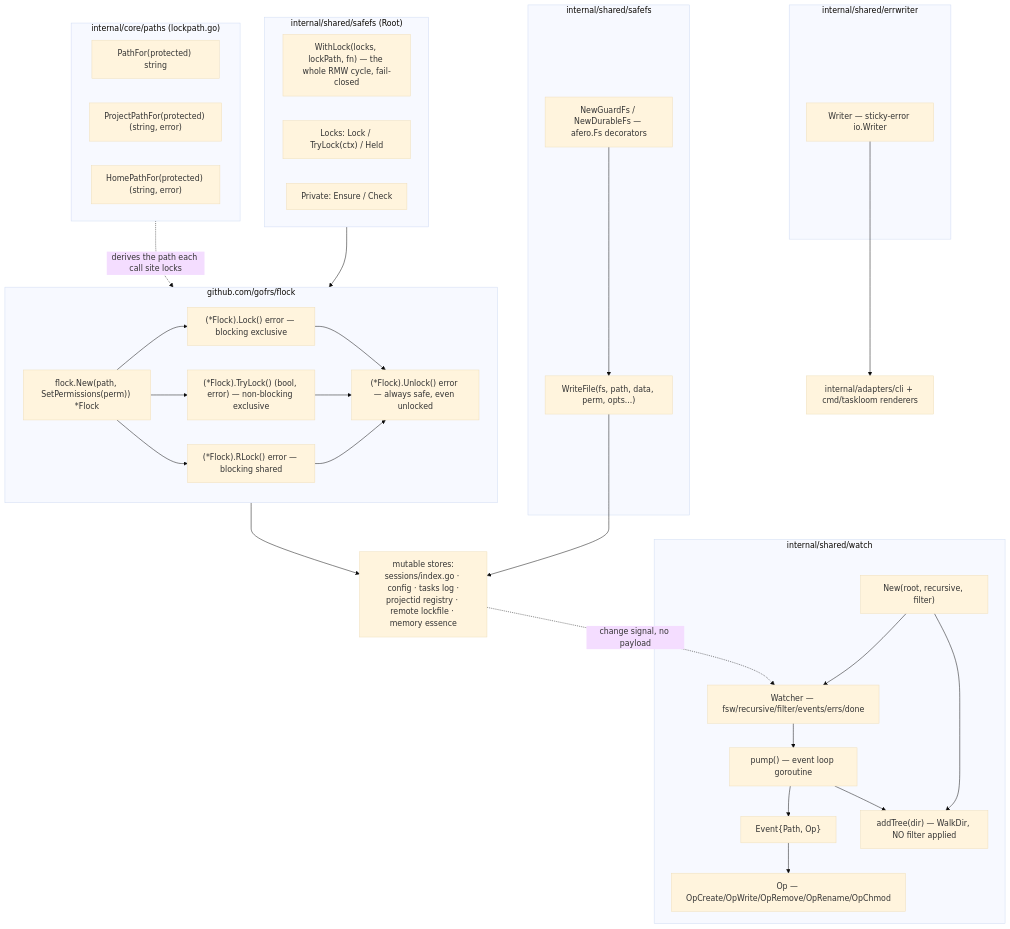
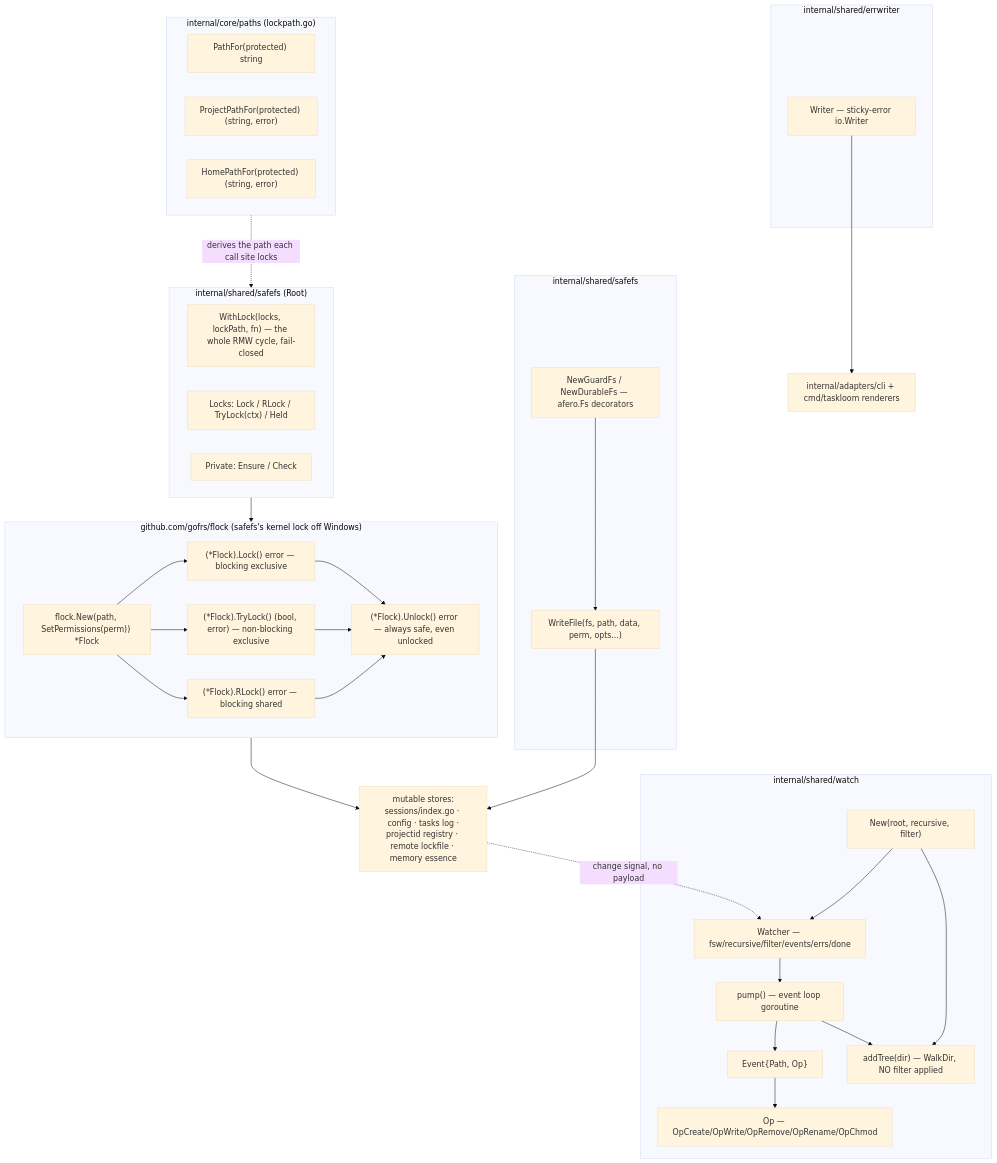
Before and after one commit to ctxloom/ctxloom: the diagram in docs/architecture/shared/filesystem-io.md, drawn with Mermaid (base theme). The commit also changed other lines of this file and 17 other files, not shown here.

````diff
--- a/docs/architecture/shared/filesystem-io.md
+++ b/docs/architecture/shared/filesystem-io.md
@@ -9,52 +9,52 @@
 ```mermaid
 flowchart TD
   subgraph sf["internal/shared/safefs"]
     WFA["WriteFile(fs, path, data, perm, opts...)"]
     WFAF["NewGuardFs / NewDurableFs — afero.Fs decorators"]
     WFAF --> WFA
   end
   subgraph ew["internal/shared/errwriter"]
     EW["Writer — sticky-error io.Writer"]
   end
 
   subgraph rt["internal/shared/safefs (Root)"]
     WL["WithLock(locks, lockPath, fn) — the whole RMW cycle, fail-closed"]
-    LK["Locks: Lock / TryLock(ctx) / Held"]
+    LK["Locks: Lock / RLock / TryLock(ctx) / Held"]
     PV["Private: Ensure / Check"]
   end
   rt --> fl
-  subgraph fl["github.com/gofrs/flock"]
+  subgraph fl["github.com/gofrs/flock (safefs's kernel lock off Windows)"]
     FN["flock.New(path, SetPermissions(perm)) *Flock"]
     FL["(*Flock).Lock() error — blocking exclusive"]
     FT["(*Flock).TryLock() (bool, error) — non-blocking exclusive"]
     FR["(*Flock).RLock() error — blocking shared"]
     FU["(*Flock).Unlock() error — always safe, even unlocked"]
     FN --> FL & FT & FR
     FL & FT & FR --> FU
   end
   subgraph pp["internal/core/paths (lockpath.go)"]
     PF["PathFor(protected) string"]
     PPF["ProjectPathFor(protected) (string, error)"]
     HPF["HomePathFor(protected) (string, error)"]
   end
-  pp -.->|"derives the path each call site locks"| fl
+  pp -.->|"derives the path each call site locks"| rt
 
   subgraph wt["internal/shared/watch"]
     NEW["New(root, recursive, filter)"]
     W["Watcher — fsw/recursive/filter/events/errs/done"]
     EV["Event{Path, Op}"]
     OP["Op — OpCreate/OpWrite/OpRemove/OpRename/OpChmod"]
     AT["addTree(dir) — WalkDir, NO filter applied"]
     PUMP["pump() — event loop goroutine"]
     NEW --> W
     W --> PUMP --> EV --> OP
     NEW --> AT
     PUMP --> AT
   end
 
   stores["mutable stores:<br/>sessions/index.go · config · tasks log ·<br/>projectid registry · remote lockfile · memory essence"]
   fl --> stores
   WFA --> stores
   stores -.->|"change signal, no payload"| W
   EW --> cli["internal/adapters/cli + cmd/taskloom renderers"]
 ```
````
